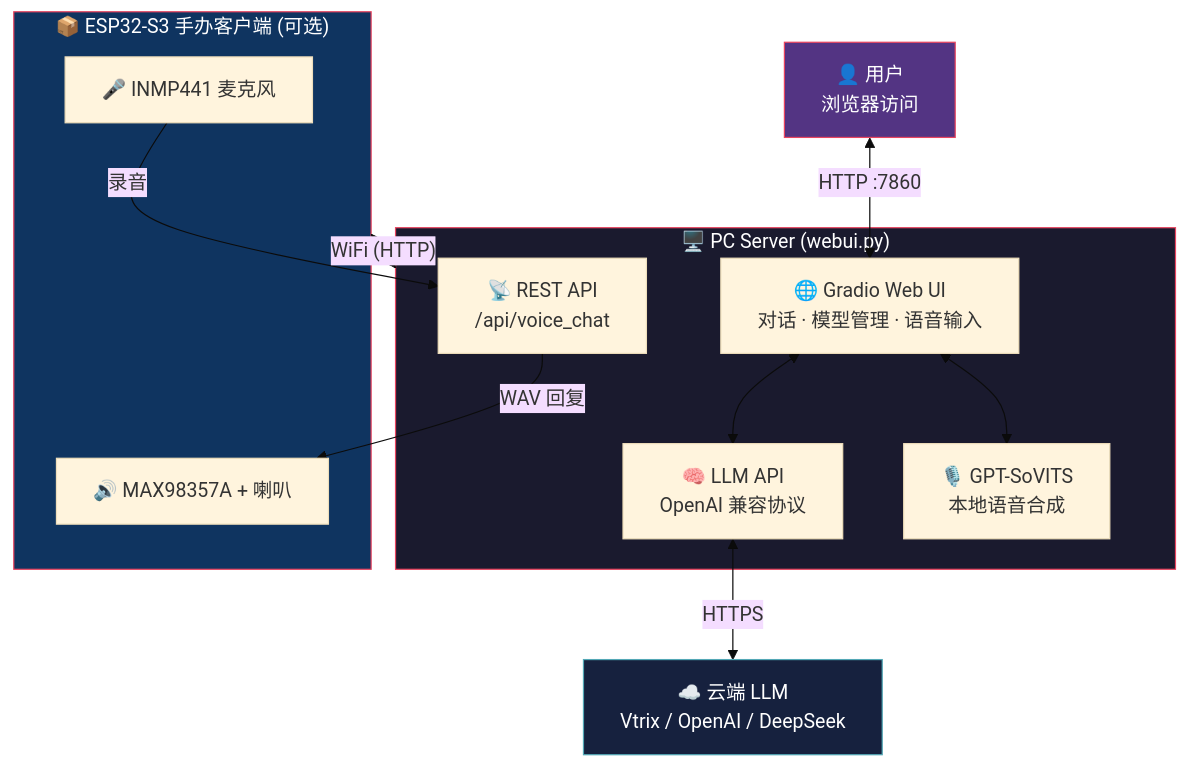
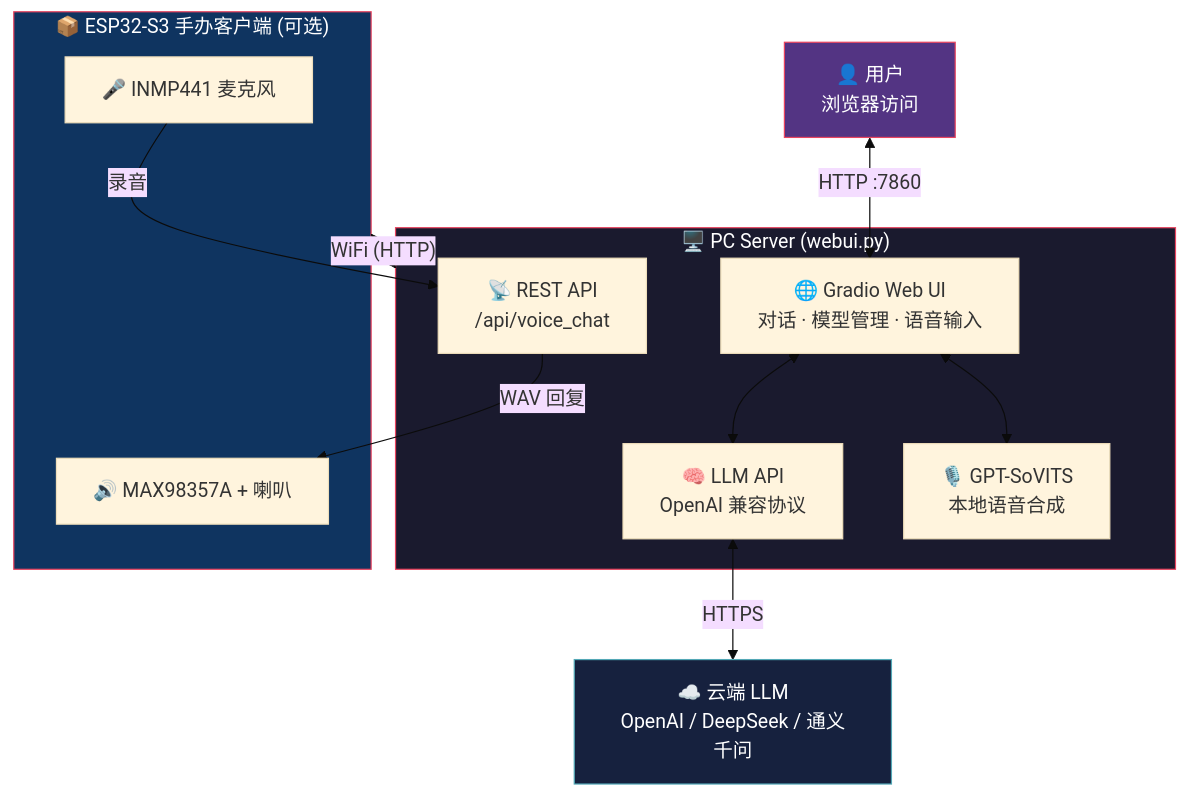
The diagram in README.md (geomancyhombre134/MiniBox), drawn with Mermaid (base theme) before and after one commit. The commit also changed other lines of this file and 1 other file, not shown here.

First line of the commit message:
refactor: replace Vtrix API with generic OpenAI-compatible config, update README with hardware notes and xiaozhi-esp32 credits

````diff
--- a/README.md
+++ b/README.md
@@ -28,28 +29,28 @@
 ```mermaid
 flowchart TB
     subgraph PC["🖥️ PC Server (webui.py)"]
         UI["🌐 Gradio Web UI<br/>对话 · 模型管理 · 语音输入"]
         LLM["🧠 LLM API<br/>OpenAI 兼容协议"]
         TTS["🎙️ GPT-SoVITS<br/>本地语音合成"]
         API["📡 REST API<br/>/api/voice_chat"]
     end
 
     User["👤 用户<br/>浏览器访问"] <-->|"HTTP :7860"| UI
     UI <--> LLM
     UI <--> TTS
-    LLM <-->|"HTTPS"| Cloud["☁️ 云端 LLM<br/>Vtrix / OpenAI / DeepSeek"]
+    LLM <-->|"HTTPS"| Cloud["☁️ 云端 LLM<br/>OpenAI / DeepSeek / 通义千问"]
 
     subgraph ESP["📦 ESP32-S3 手办客户端 (可选)"]
         MIC["🎤 INMP441 麦克风"]
         SPK["🔊 MAX98357A + 喇叭"]
     end
 
     MIC -->|"录音"| API
     API -->|"WAV 回复"| SPK
     ESP <-->|"WiFi (HTTP)"| PC
 
     style PC fill:#1a1a2e,stroke:#e94560,color:#fff
     style ESP fill:#0f3460,stroke:#e94560,color:#fff
     style Cloud fill:#16213e,stroke:#53a8b6,color:#fff
     style User fill:#533483,stroke:#e94560,color:#fff
 ```
````
